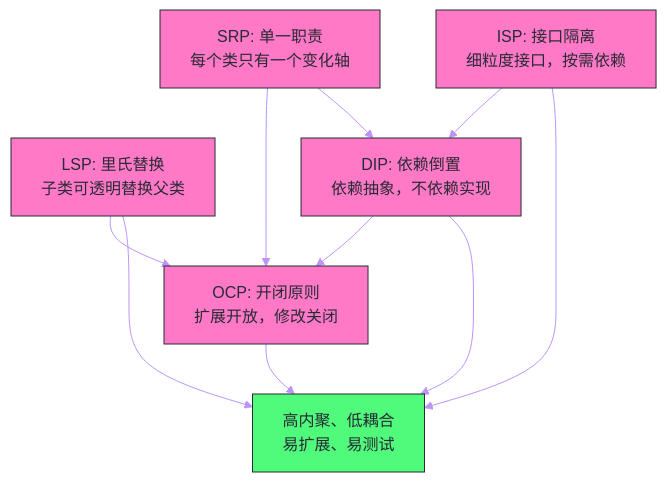
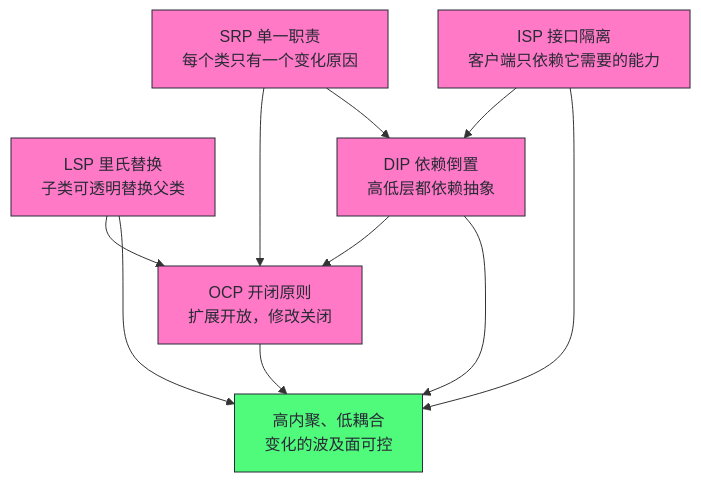
One commit to hpliStartAgain/my-brain changed the first of 5 diagrams in content/Java/OOP设计模式/01 SOLID原则——面向对象设计的五大基石.md. Above: the diagram before and after it, drawn with Mermaid. The commit also changed other lines of this file and 455 other files, not shown here.

````diff
--- a/content/Java/OOP设计模式/01 SOLID原则——面向对象设计的五大基石.md
+++ b/content/Java/OOP设计模式/01 SOLID原则——面向对象设计的五大基石.md
@@ -646,24 +43,25 @@
 ```mermaid
-%%{init: {'theme': 'base', 'themeVariables': {'primaryColor': '#6272a4', 'primaryTextColor': '#f8f8f2', 'primaryBorderColor': '#44475a', 'lineColor': '#bd93f9', 'secondaryColor': '#44475a', 'background': '#282a36', 'mainBkg': '#44475a', 'titleColor': '#f8f8f2', 'fontFamily': 'monospace'}}}%%
+%%{init: {'theme': 'dracula'}}%%
 graph TD
-    classDef principle fill:#ff79c6,stroke:#282a36,color:#282a36
-    classDef goal fill:#50fa7b,stroke:#282a36,color:#282a36
-    classDef method fill:#8be9fd,stroke:#282a36,color:#282a36
-
-    SRP["SRP: 单一职责</br>每个类只有一个变化轴"]:::principle
-    OCP["OCP: 开闭原则</br>扩展开放，修改关闭"]:::principle
-    LSP["LSP: 里氏替换</br>子类可透明替换父类"]:::principle
-    ISP["ISP: 接口隔离</br>细粒度接口，按需依赖"]:::principle
-    DIP["DIP: 依赖倒置</br>依赖抽象，不依赖实现"]:::principle
-    GOAL["高内聚、低耦合</br>易扩展、易测试"]:::goal
+    SRP["SRP 单一职责<br/>每个类只有一个变化原因"]
+    LSP["LSP 里氏替换<br/>子类可透明替换父类"]
+    ISP["ISP 接口隔离<br/>客户端只依赖它需要的能力"]
+    DIP["DIP 依赖倒置<br/>高低层都依赖抽象"]
+    OCP["OCP 开闭原则<br/>扩展开放，修改关闭"]
+    GOAL["高内聚、低耦合<br/>变化的波及面可控"]
 
     SRP --> OCP
     LSP --> OCP
     ISP --> DIP
     DIP --> OCP
     SRP --> DIP
     OCP --> GOAL
-    DIP --> GOAL
     LSP --> GOAL
     ISP --> GOAL
+    DIP --> GOAL
+
+    classDef p fill:#ff79c6,stroke:#282a36,color:#282a36
+    classDef g fill:#50fa7b,stroke:#282a36,color:#282a36
+    class SRP,LSP,ISP,DIP,OCP p
+    class GOAL g
 ```
````
